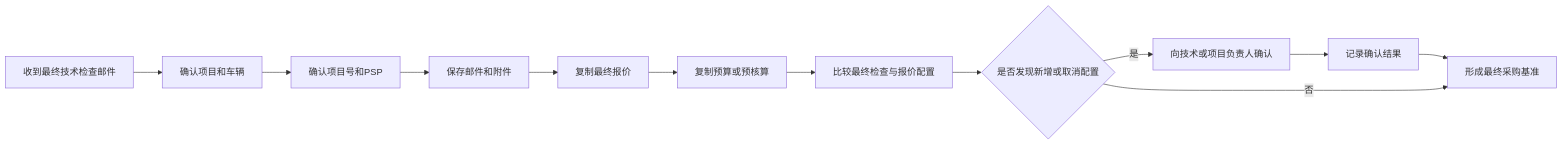
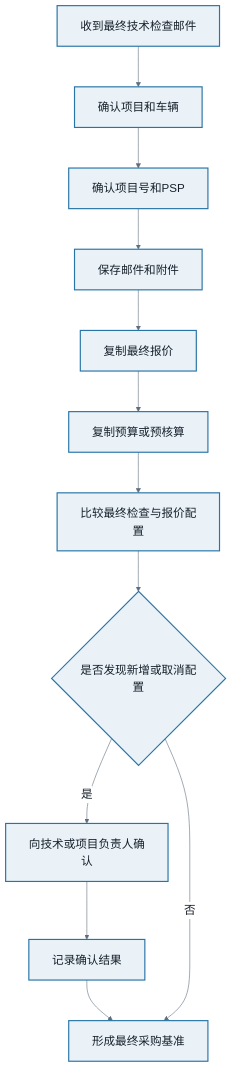
Diagram 13 of 53 in README.md (giengenbw/chassisprocess), drawn with Mermaid before and after one commit. The commit also changed other lines of this file, not shown here.

````diff
--- a/README.md
+++ b/README.md
@@ -259,14 +330,19 @@
 ```mermaid
-flowchart LR
+%%{init: {'theme':'base','flowchart':{'curve':'basis','nodeSpacing':55,'rankSpacing':70,'padding':20,'htmlLabels':true,'useMaxWidth':false},'themeVariables':{'fontFamily':'Microsoft YaHei, Noto Sans SC, Arial, sans-serif','fontSize':'20px','primaryColor':'#EAF2F8','primaryTextColor':'#17202A','primaryBorderColor':'#2874A6','lineColor':'#5D6D7E','secondaryColor':'#FDF2E9','tertiaryColor':'#E8F8F5','clusterBkg':'#F8F9F9','clusterBorder':'#AAB7B8','edgeLabelBackground':'#FFFFFF'}}}%%
+flowchart TB
     A[收到最终技术检查邮件] --> B[确认项目和车辆]
     B --> C[确认项目号和PSP]
     C --> D[保存邮件和附件]
     D --> E[复制最终报价]
     E --> F[复制预算或预核算]
     F --> G[比较最终检查与报价配置]
     G --> H{是否发现新增或取消配置}
     H -->|是| I[向技术或项目负责人确认]
     I --> J[记录确认结果]
     J --> K[形成最终采购基准]
     H -->|否| K
+    classDef default fill:#EAF2F8,stroke:#2874A6,stroke-width:2px,color:#17202A,font-size:20px;
+    classDef decision fill:#FCF3CF,stroke:#B7950B,stroke-width:3px,color:#4D3B00,font-size:20px;
+    classDef stop fill:#FDEDEC,stroke:#C0392B,stroke-width:3px,color:#641E16,font-size:20px;
+    classDef success fill:#E8F8F5,stroke:#148F77,stroke-width:3px,color:#0B5345,font-size:20px;
 ```
````
